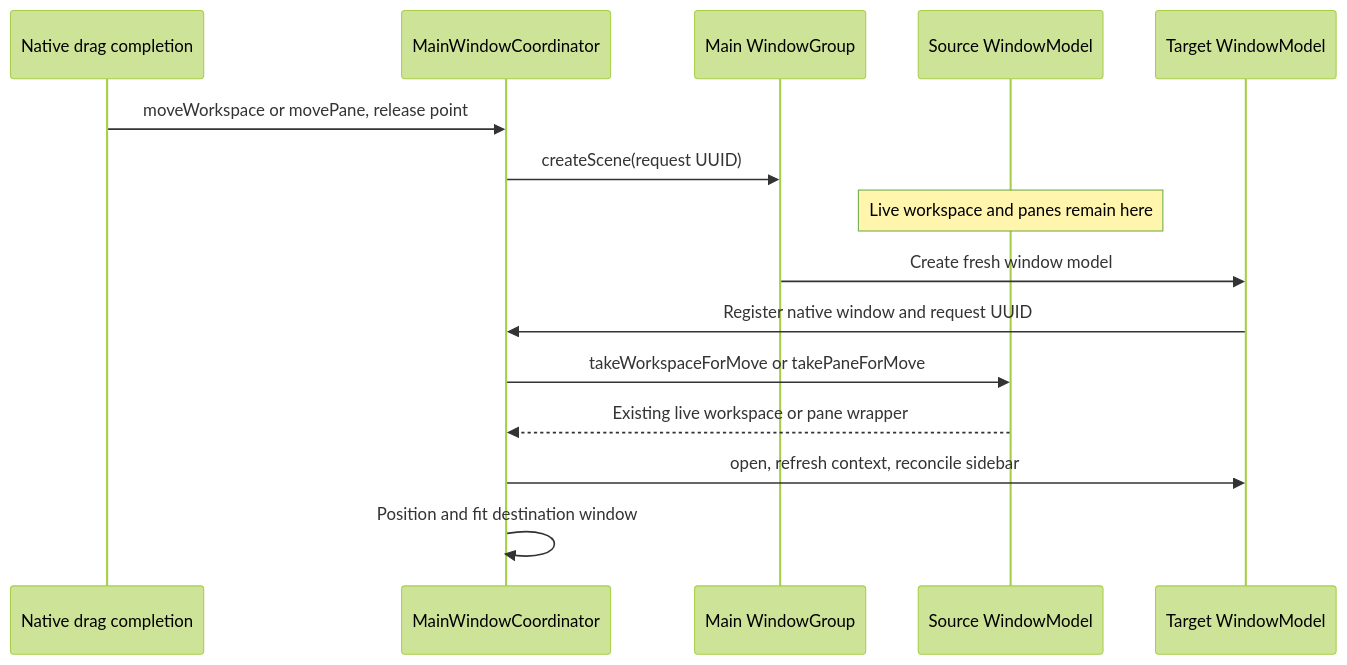
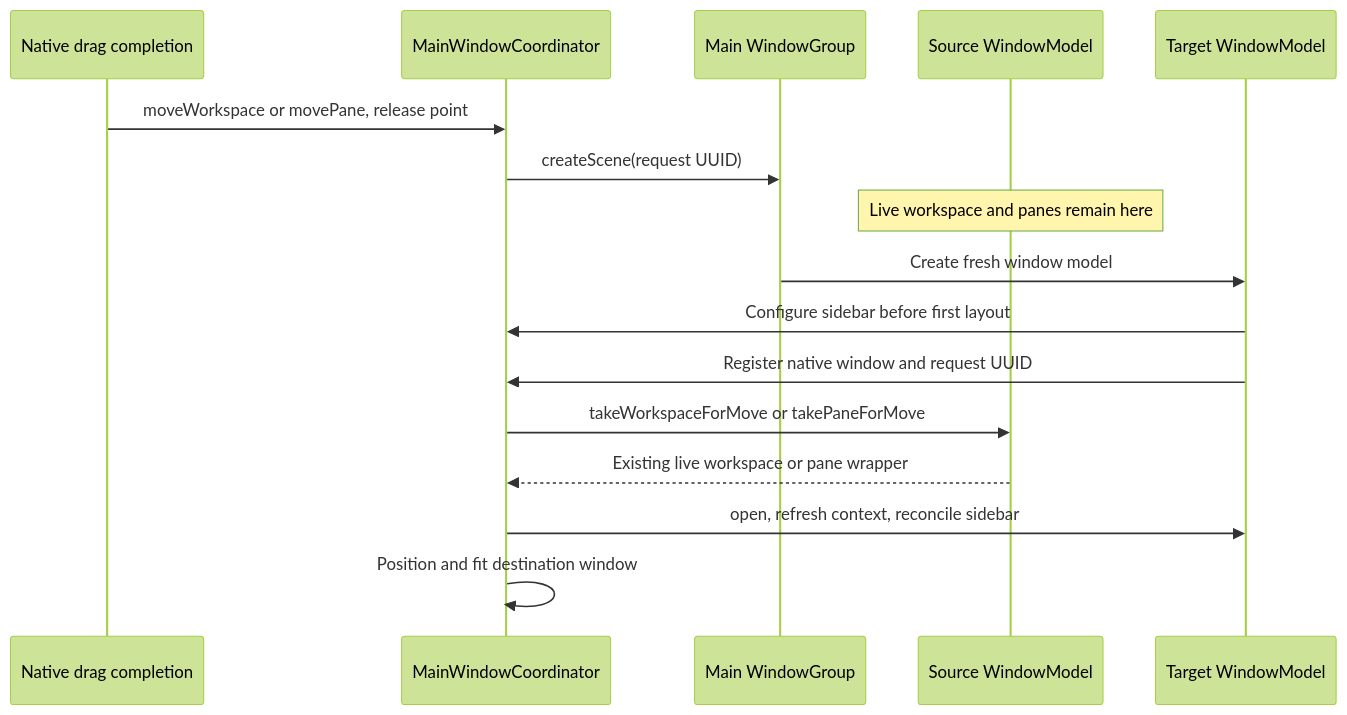
The diagram in openwiki/workflows/desktop-drag-and-drop.md (AkinoKaede/Termind), drawn with Mermaid (forest theme) before and after one commit. The commit also changed other lines of this file and 56 other files, not shown here.

````diff
--- a/openwiki/workflows/desktop-drag-and-drop.md
+++ b/openwiki/workflows/desktop-drag-and-drop.md
@@ -179,17 +179,18 @@
 ```mermaid
 sequenceDiagram
     participant Drag as Native drag completion
     participant Coordinator as MainWindowCoordinator
     participant Scene as Main WindowGroup
     participant Source as Source WindowModel
     participant Target as Target WindowModel
     Drag->>Coordinator: moveWorkspace or movePane, release point
     Coordinator->>Scene: createScene(request UUID)
     Note over Source: Live workspace and panes remain here
     Scene->>Target: Create fresh window model
+    Target->>Coordinator: Configure sidebar before first layout
     Target->>Coordinator: Register native window and request UUID
     Coordinator->>Source: takeWorkspaceForMove or takePaneForMove
     Source-->>Coordinator: Existing live workspace or pane wrapper
     Coordinator->>Target: open, refresh context, reconcile sidebar
     Coordinator->>Coordinator: Position and fit destination window
 ```
````
